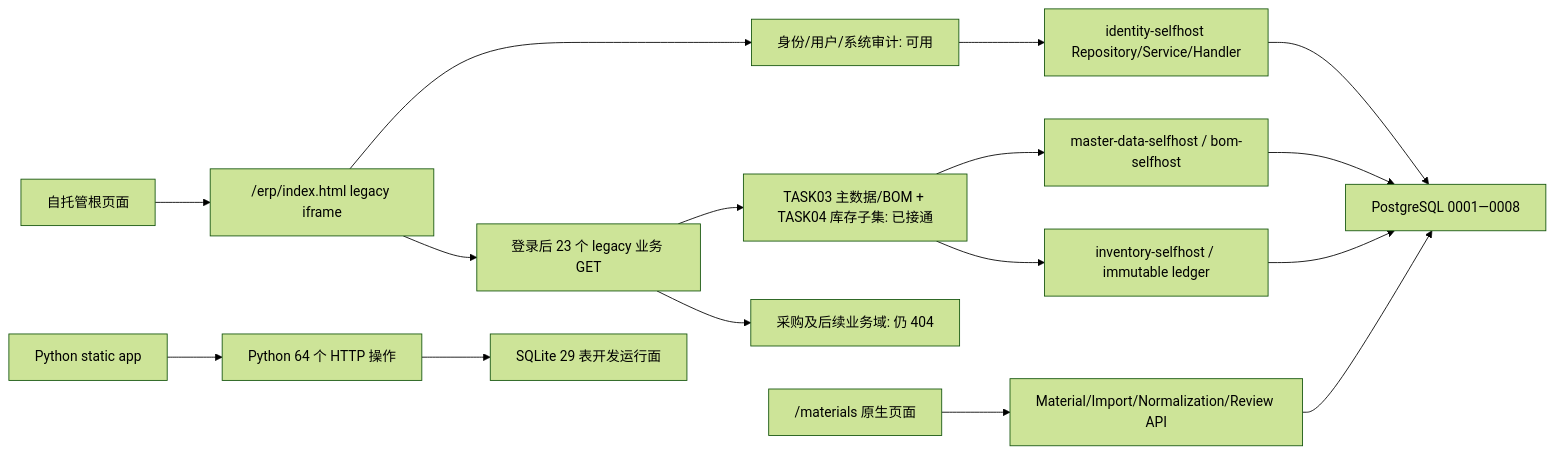
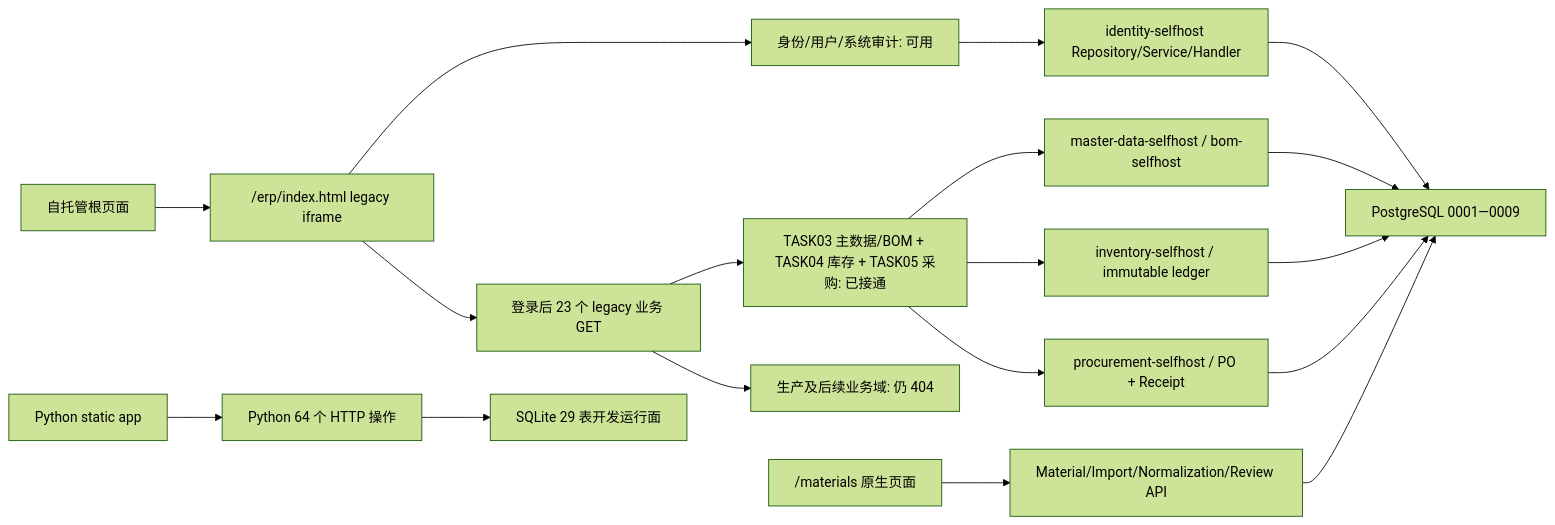
Before and after one commit to 3443176848/chenyida: the first of 7 diagrams in docs/project/ARCHITECTURE.md, drawn with Mermaid (forest theme). The commit also changed other lines of this file and 38 other files, not shown here.

````diff
--- a/docs/project/ARCHITECTURE.md
+++ b/docs/project/ARCHITECTURE.md
@@ -9,20 +9,22 @@
 ```mermaid
 flowchart LR
     ROOT["自托管根页面"] --> IFRAME["/erp/index.html legacy iframe"]
     IFRAME --> AUTH["身份/用户/系统审计: 可用"]
     IFRAME --> BATCH["登录后 23 个 legacy 业务 GET"]
-    BATCH --> M4["TASK03 主数据/BOM + TASK04 库存子集: 已接通"]
-    BATCH --> NF["采购及后续业务域: 仍 404"]
+    BATCH --> M5["TASK03 主数据/BOM + TASK04 库存 + TASK05 采购: 已接通"]
+    BATCH --> NF["生产及后续业务域: 仍 404"]
 
     NATIVE["/materials 原生页面"] --> MM["Material/Import/Normalization/Review API"]
     AUTH --> ID["identity-selfhost Repository/Service/Handler"]
-    ID --> PG["PostgreSQL 0001—0008"]
+    ID --> PG["PostgreSQL 0001—0009"]
     MM --> PG
-    M4 --> MDB["master-data-selfhost / bom-selfhost"]
+    M5 --> MDB["master-data-selfhost / bom-selfhost"]
     MDB --> PG
-    M4 --> INV["inventory-selfhost / immutable ledger"]
+    M5 --> INV["inventory-selfhost / immutable ledger"]
     INV --> PG
+    M5 --> PROC["procurement-selfhost / PO + Receipt"]
+    PROC --> PG
 
     PYUI["Python static app"] --> PYAPI["Python 64 个 HTTP 操作"]
     PYAPI --> SQLITE["SQLite 29 表开发运行面"]
 ```
````
